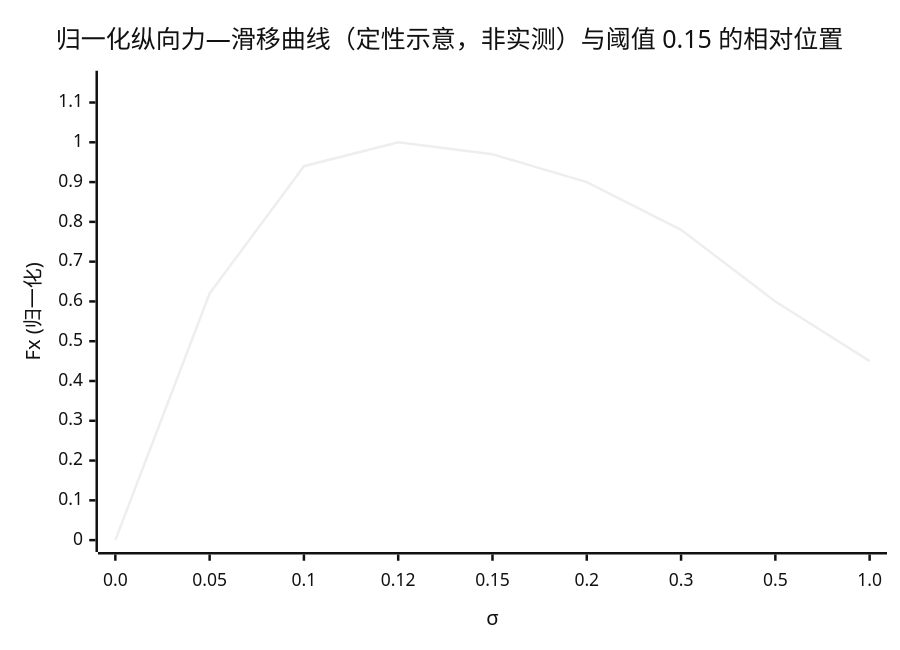
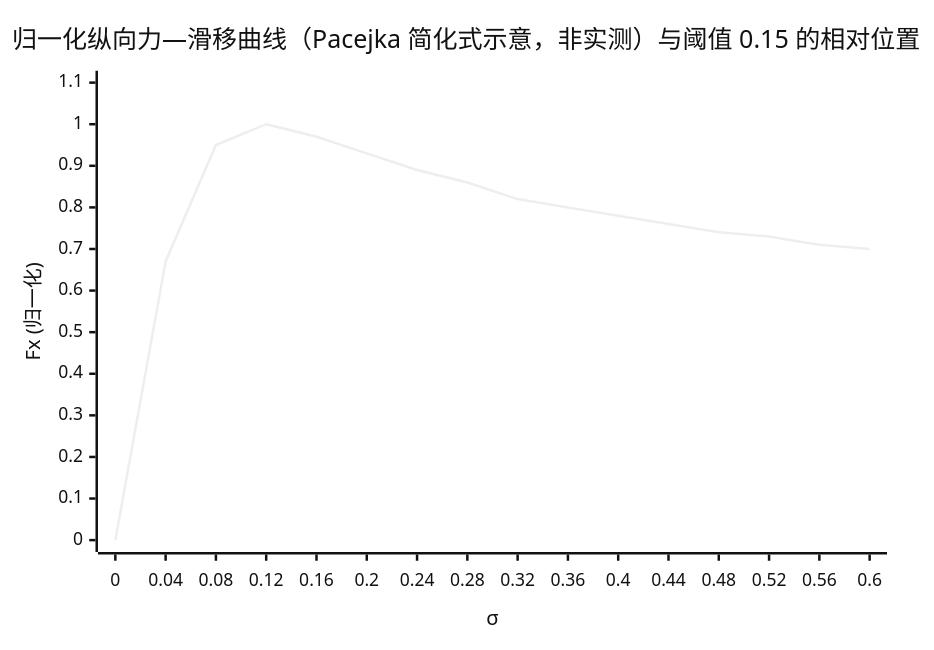
One commit to TakotsuboChen/ala-mobile-tool changed diagram 12 of 15 in TECHNICAL_ANALYSIS.md. Above: the diagram before and after it, drawn with Mermaid (neutral theme). The commit also changed other lines of this file, not shown here.

Commit message:
feat: 图表扩充至 15 幅——新增时序图/状态机/信号流/饼图；曲线加密采样消除折线感；Mermaid 内下标记号全部文字化

````diff
--- a/TECHNICAL_ANALYSIS.md
+++ b/TECHNICAL_ANALYSIS.md
@@ -363,7 +447,7 @@
 ```mermaid
 xychart-beta
-    title "归一化纵向力—滑移曲线（定性示意，非实测）与阈值 0.15 的相对位置"
-    x-axis "σ" [0.0, 0.05, 0.1, 0.12, 0.15, 0.2, 0.3, 0.5, 1.0]
-    y-axis "Fx (归一化)" 0 --> 1.15
-    line [0.0, 0.62, 0.94, 1.0, 0.97, 0.9, 0.78, 0.6, 0.45]
+    title "归一化纵向力—滑移曲线（Pacejka 简化式示意，非实测）与阈值 0.15 的相对位置"
+    x-axis "σ" [0, 0.04, 0.08, 0.12, 0.16, 0.2, 0.24, 0.28, 0.32, 0.36, 0.4, 0.44, 0.48, 0.52, 0.56, 0.6]
+    y-axis "Fx (归一化)" 0 --> 1.1
+    line [0.0, 0.67, 0.95, 1.0, 0.97, 0.93, 0.89, 0.86, 0.82, 0.8, 0.78, 0.76, 0.74, 0.73, 0.71, 0.7]
 ```
````
